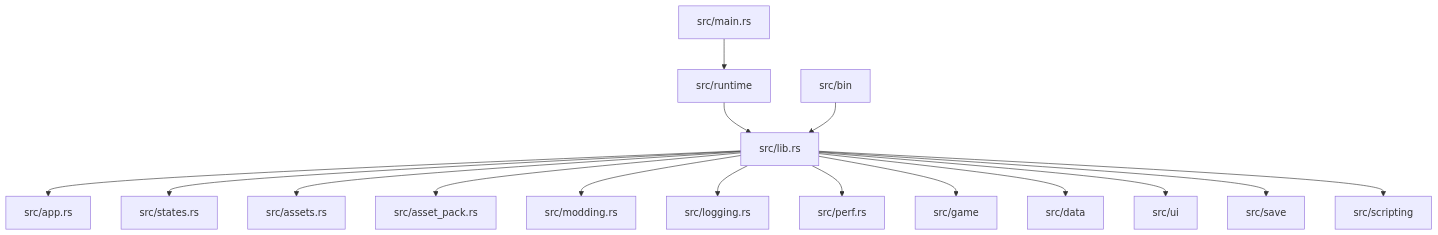
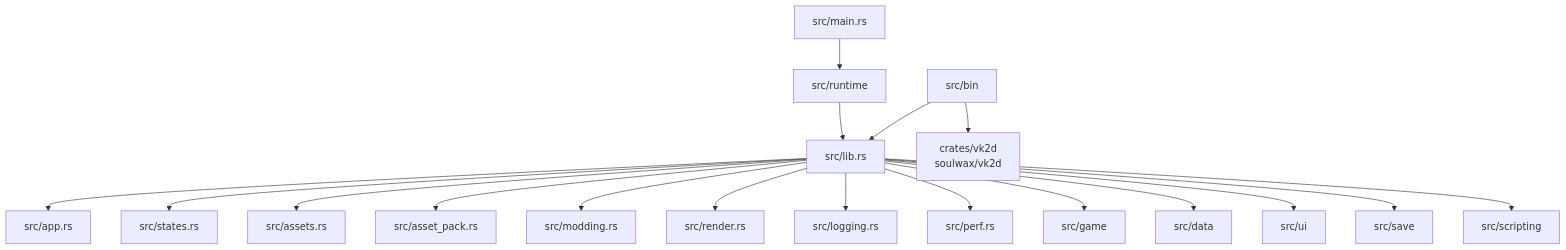
The first of 3 diagrams in src/content/docs/pages/architecture/module-boundaries.md (soulwax/EchoWiki), drawn with Mermaid before and after one commit. The commit also changed other lines of this file and 11 other files, not shown here.

````diff
--- a/src/content/docs/pages/architecture/module-boundaries.md
+++ b/src/content/docs/pages/architecture/module-boundaries.md
@@ -9,35 +9,39 @@
 ```mermaid
 flowchart TB
     main[src/main.rs]
     runtime[src/runtime]
     lib[src/lib.rs]
     app[src/app.rs]
     states[src/states.rs]
     assets[src/assets.rs]
     assetpack[src/asset_pack.rs]
     modding[src/modding.rs]
+    render[src/render.rs]
     logging[src/logging.rs]
     perf[src/perf.rs]
     game[src/game]
     data[src/data]
     ui[src/ui]
     save[src/save]
     scripting[src/scripting]
     bins[src/bin]
+    vk2d[crates/vk2d<br/>soulwax/vk2d]
 
     main --> runtime
     runtime --> lib
     lib --> app
     lib --> states
     lib --> assets
     lib --> assetpack
     lib --> modding
+    lib --> render
     lib --> logging
     lib --> perf
     lib --> game
     lib --> data
     lib --> ui
     lib --> save
     lib --> scripting
     bins --> lib
+    bins --> vk2d
 ```
````
